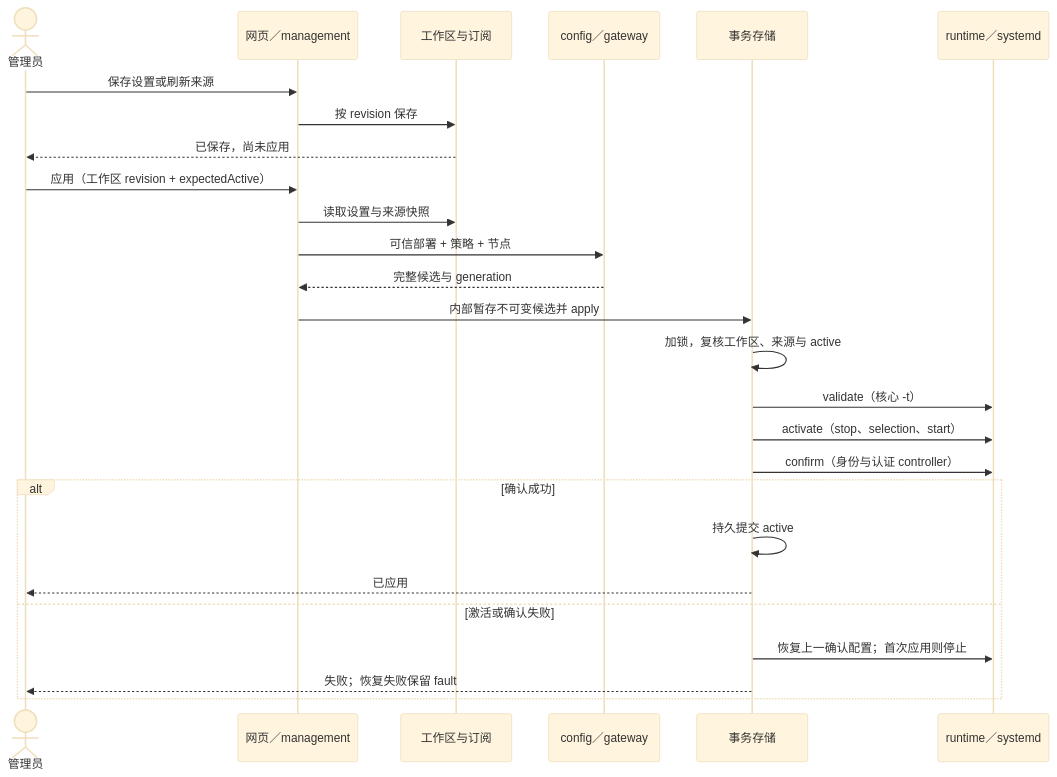
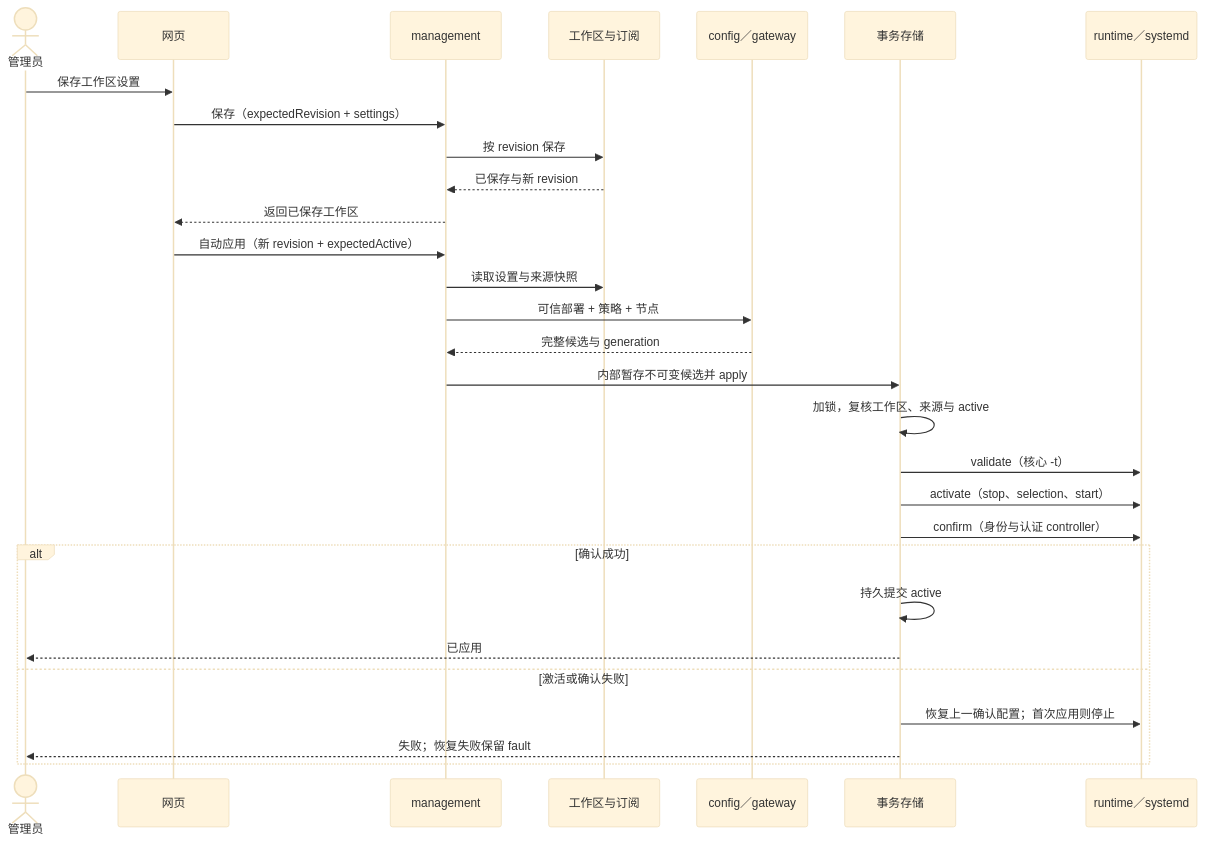
The diagram in docs/architecture.md (Always1010/CoCoProxy), drawn with Mermaid (base theme) before and after one commit. The commit also changed other lines of this file, not shown here.

Commit message:
docs: 校正网页工作区保存后自动应用的架构说明

````diff
--- a/docs/architecture.md
+++ b/docs/architecture.md
@@ -66,28 +66,31 @@
 ```mermaid
 sequenceDiagram
     actor U as 管理员
-    participant M as 网页／management
+    participant P as 网页
+    participant M as management
     participant W as 工作区与订阅
     participant C as config／gateway
     participant T as 事务存储
     participant R as runtime／systemd
-    U->>M: 保存设置或刷新来源
+    U->>P: 保存工作区设置
+    P->>M: 保存（expectedRevision + settings）
     M->>W: 按 revision 保存
-    W-->>U: 已保存，尚未应用
-    U->>M: 应用（工作区 revision + expectedActive）
+    W-->>M: 已保存与新 revision
+    M-->>P: 返回已保存工作区
+    P->>M: 自动应用（新 revision + expectedActive）
     M->>W: 读取设置与来源快照
     M->>C: 可信部署 + 策略 + 节点
     C-->>M: 完整候选与 generation
     M->>T: 内部暂存不可变候选并 apply
     T->>T: 加锁，复核工作区、来源与 active
     T->>R: validate（核心 -t）
     T->>R: activate（stop、selection、start）
     T->>R: confirm（身份与认证 controller）
     alt 确认成功
         T->>T: 持久提交 active
         T-->>U: 已应用
     else 激活或确认失败
         T->>R: 恢复上一确认配置；首次应用则停止
         T-->>U: 失败；恢复失败保留 fault
     end
 ```
````
